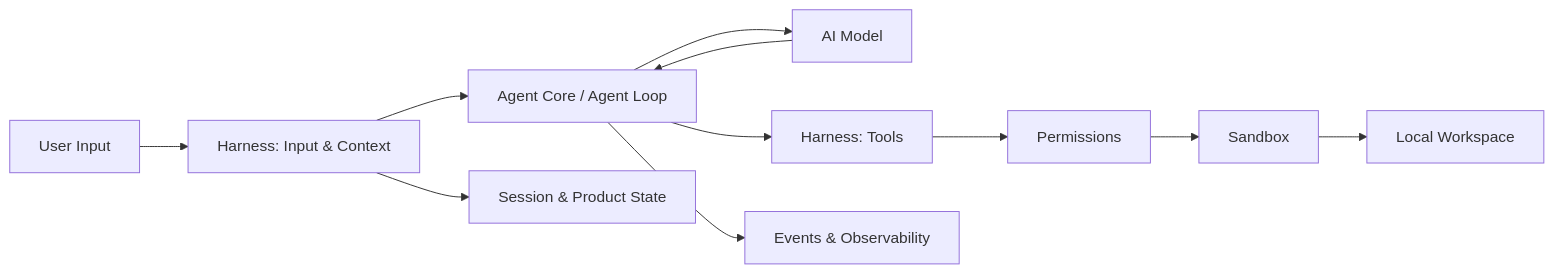
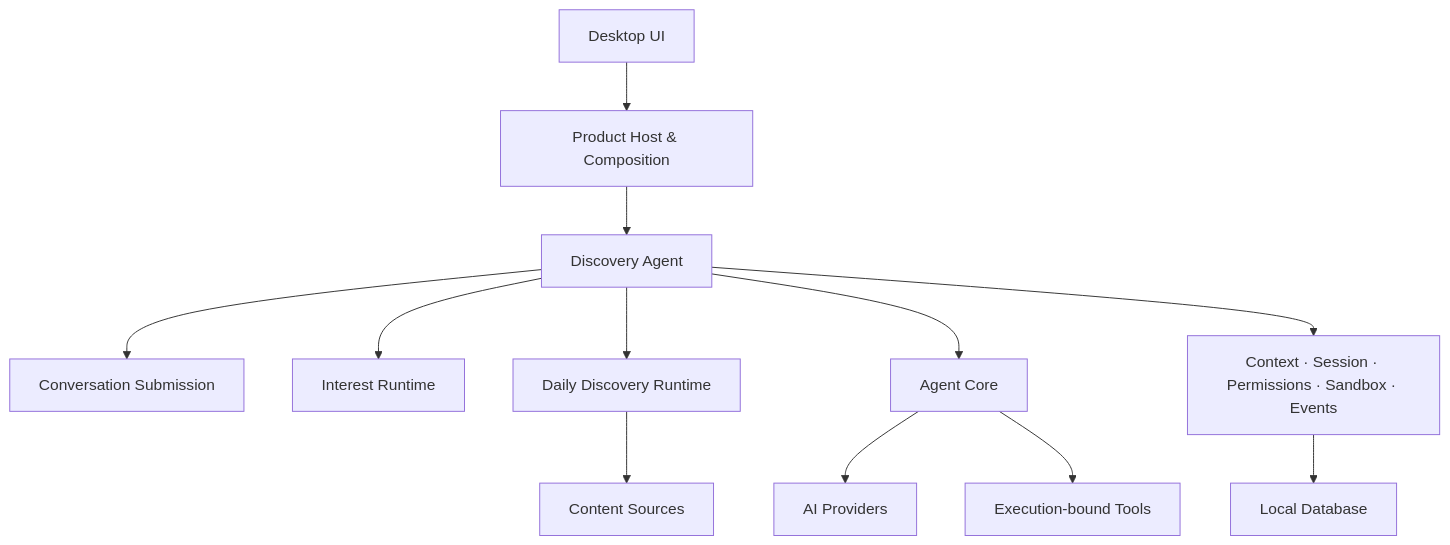
Before and after one commit to anwen0724/megumi: the second of 2 diagrams in README.md, drawn with Mermaid. The commit also changed other lines of this file and 1 other file, not shown here.

Commit message:
docs: rewrite product readme

````diff
--- a/README.md
+++ b/README.md
@@ -23,13 +103,14 @@
 ```mermaid
-flowchart LR
-    U["User Input"] --> H["Harness: Input & Context"]
-    H --> E["Agent Core / Agent Loop"]
-    E --> A["AI Model"]
-    A --> E
-    E --> T["Harness: Tools"]
-    T --> P["Permissions"]
-    P --> S["Sandbox"]
-    S --> W["Local Workspace"]
-    H --> M["Session & Product State"]
-    E --> V["Events & Observability"]
+flowchart TD
+    UI["Desktop UI"] --> PH["Product Host & Composition"]
+    PH --> DA["Discovery Agent"]
+    DA --> CONV["Conversation Submission"]
+    DA --> INT["Interest Runtime"]
+    DA --> DAILY["Daily Discovery Runtime"]
+    DAILY --> SRC["Content Sources"]
+    DA --> CORE["Agent Core"]
+    CORE --> AI["AI Providers"]
+    CORE --> TOOLS["Execution-bound Tools"]
+    DA --> HARNESS["Context · Session · Permissions · Sandbox · Events"]
+    HARNESS --> DB["Local Database"]
 ```
````
